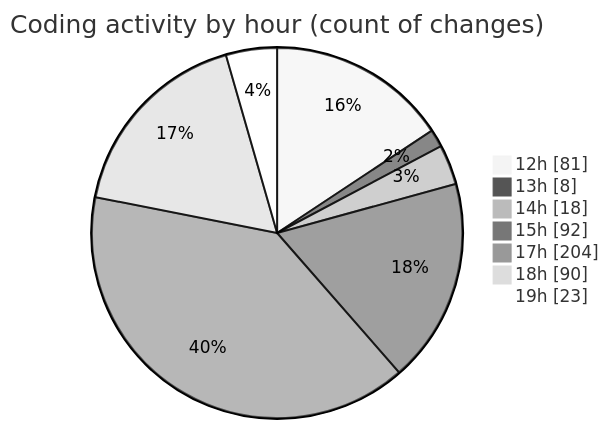
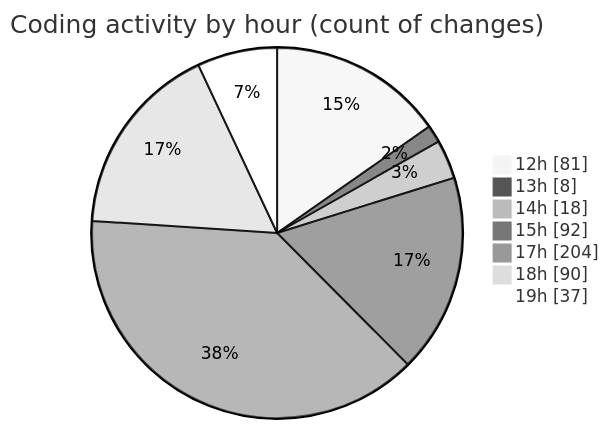
One commit to Ritupan-Deka/code-tracking changed the second of 2 diagrams in 2025-12-28/rust/README.md. Above: the diagram before and after it, drawn with Mermaid (neutral theme). The commit also changed other lines of this file and 1 other file, not shown here.

````diff
--- a/2025-12-28/rust/README.md
+++ b/2025-12-28/rust/README.md
@@ -32,11 +32,11 @@
 ```mermaid
 pie showData
 title Coding activity by hour (count of changes)
 "12h" : 81
 "13h" : 8
 "14h" : 18
 "15h" : 92
 "17h" : 204
 "18h" : 90
-"19h" : 23
+"19h" : 37
 ```
````
